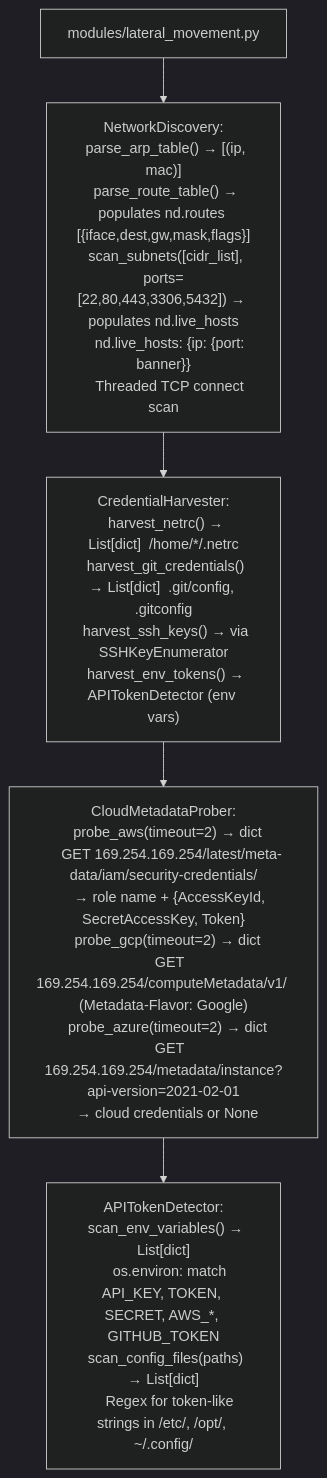
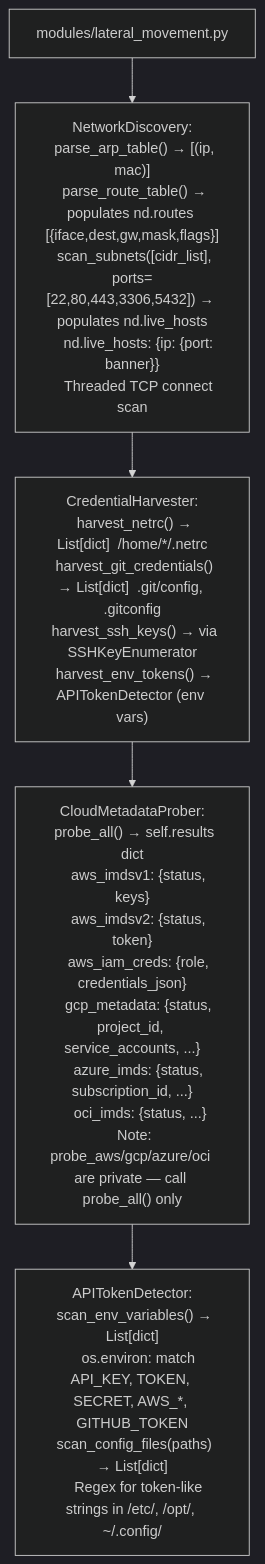
One commit to Ablation-Tool/ablation changed the diagram in docs/reference-modules/internal-network-reconnaissance.md. Above: the diagram before and after it, drawn with Mermaid (dark theme). The commit also changed other lines of this file and 8 other files, not shown here.

````diff
--- a/docs/reference-modules/internal-network-reconnaissance.md
+++ b/docs/reference-modules/internal-network-reconnaissance.md
@@ -19,7 +19,7 @@
 ```mermaid
 flowchart TD
     A["modules/lateral_movement.py"] --> B["NetworkDiscovery:\n  parse_arp_table() → [(ip, mac)]\n  parse_route_table() → populates nd.routes [{iface,dest,gw,mask,flags}]\n  scan_subnets([cidr_list], ports=[22,80,443,3306,5432]) → populates nd.live_hosts\n    nd.live_hosts: {ip: {port: banner}}\n    Threaded TCP connect scan"]
     B --> C["CredentialHarvester:\n  harvest_netrc() → List[dict]  /home/*/.netrc\n  harvest_git_credentials() → List[dict]  .git/config, .gitconfig\n  harvest_ssh_keys() → via SSHKeyEnumerator\n  harvest_env_tokens() → APITokenDetector (env vars)"]
-    C --> D["CloudMetadataProber:\n  probe_aws(timeout=2) → dict\n    GET 169.254.169.254/latest/meta-data/iam/security-credentials/\n    → role name + {AccessKeyId, SecretAccessKey, Token}\n  probe_gcp(timeout=2) → dict\n    GET 169.254.169.254/computeMetadata/v1/ (Metadata-Flavor: Google)\n  probe_azure(timeout=2) → dict\n    GET 169.254.169.254/metadata/instance?api-version=2021-02-01\n  → cloud credentials or None"]
+    C --> D["CloudMetadataProber:\n  probe_all() → self.results dict\n    aws_imdsv1: {status, keys}\n    aws_imdsv2: {status, token}\n    aws_iam_creds: {role, credentials_json}\n    gcp_metadata: {status, project_id, service_accounts, ...}\n    azure_imds: {status, subscription_id, ...}\n    oci_imds: {status, ...}\n  Note: probe_aws/gcp/azure/oci are private — call probe_all() only"]
     D --> E["APITokenDetector:\n  scan_env_variables() → List[dict]\n    os.environ: match API_KEY, TOKEN, SECRET, AWS_*, GITHUB_TOKEN\n  scan_config_files(paths) → List[dict]\n    Regex for token-like strings in /etc/, /opt/, ~/.config/"]
 ```
````
